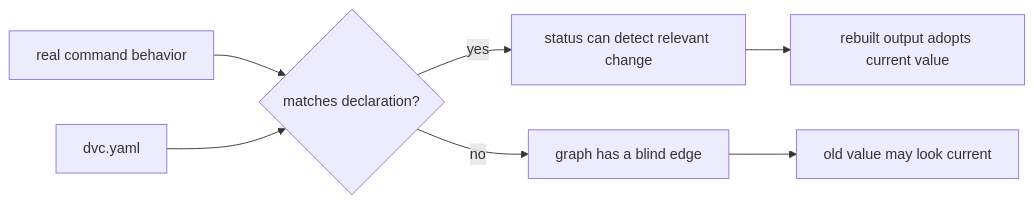
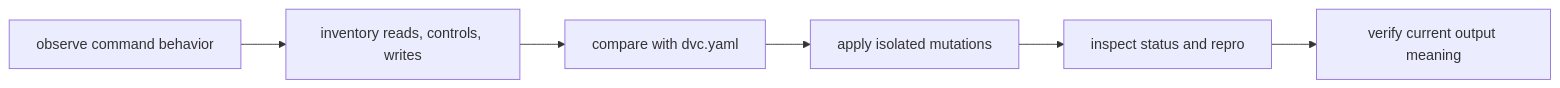
One commit to bijux/bijux-masterclass changed the second of 3 diagrams in programs/reproducible-research/deep-dive-dvc/course-book/module-04-truthful-pipelines-declared-dependencies/stage-contracts-and-declared-truth.md. Above: the diagram before and after it, drawn with Mermaid. The commit also changed other lines of this file, not shown here.

Commit message:
docs(dvc): derive stage contracts from real behavior

````diff
--- a/programs/reproducible-research/deep-dive-dvc/course-book/module-04-truthful-pipelines-declared-dependencies/stage-contracts-and-declared-truth.md
+++ b/programs/reproducible-research/deep-dive-dvc/course-book/module-04-truthful-pipelines-declared-dependencies/stage-contracts-and-declared-truth.md
@@ -205,9 +18,8 @@
 ```mermaid
 flowchart LR
-  behavior["real command behavior"] --> compare{"matches declaration?"}
-  declaration["dvc.yaml"] --> compare
-  compare -- yes --> status["status can detect relevant change"]
-  compare -- no --> blind["graph has a blind edge"]
-  status --> value["rebuilt output adopts current value"]
-  blind --> stale["old value may look current"]
+  behavior["observe command behavior"] --> influences["inventory reads, controls, writes"]
+  influences --> declaration["compare with dvc.yaml"]
+  declaration --> mutations["apply isolated mutations"]
+  mutations --> planner["inspect status and repro"]
+  planner --> semantics["verify current output meaning"]
 ```
````
